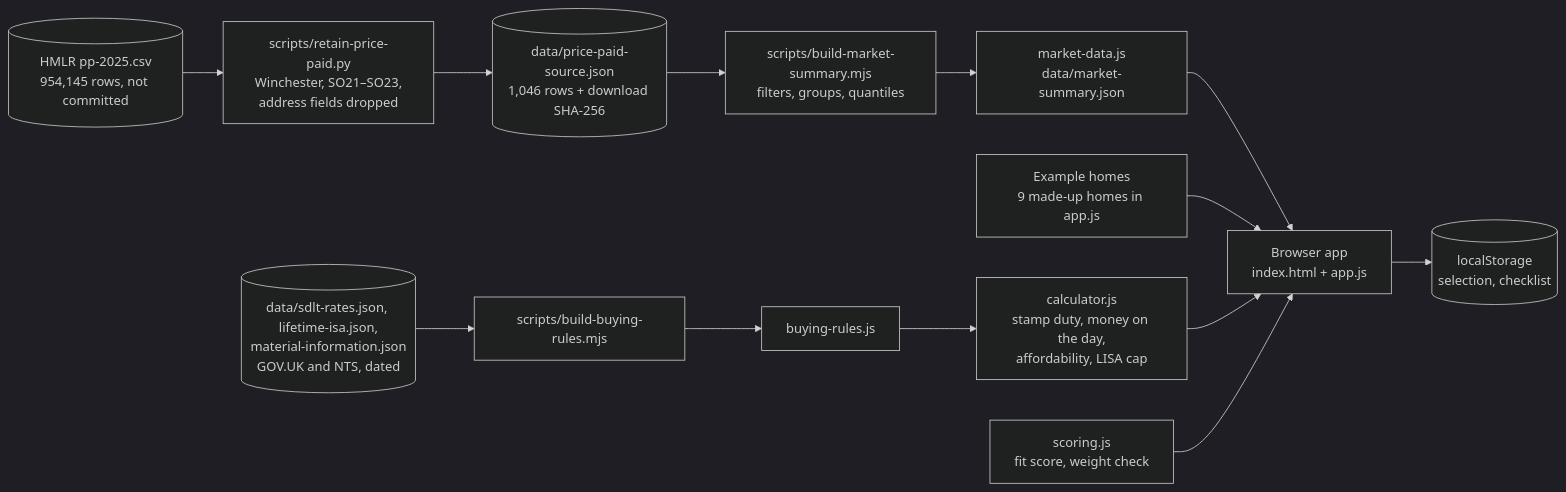
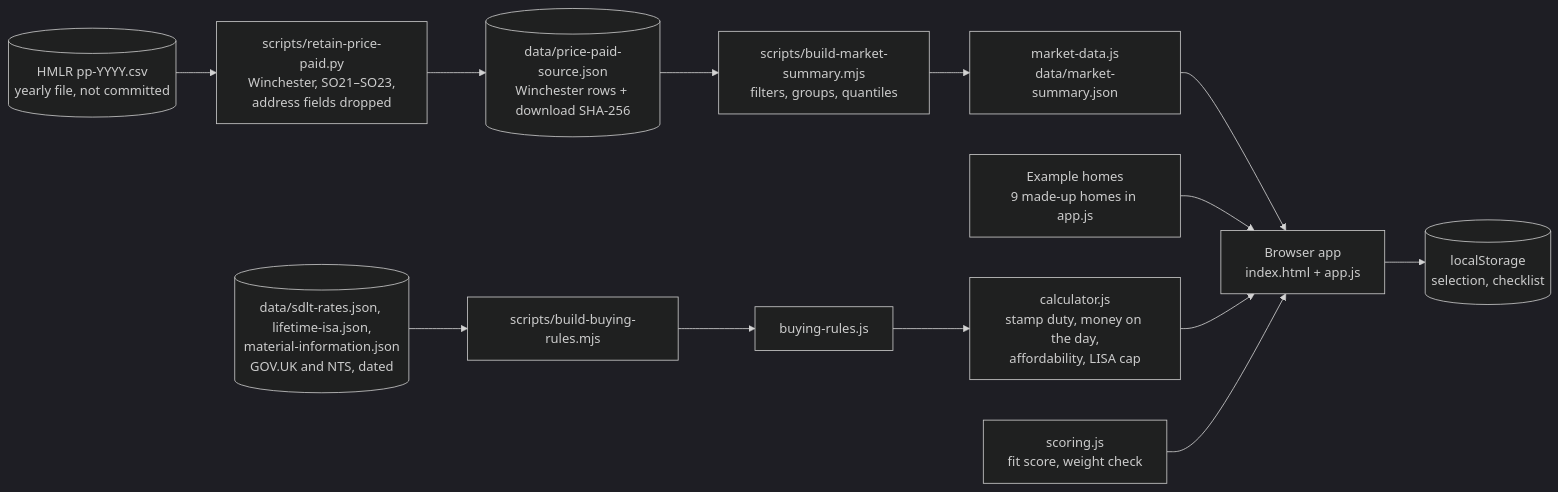
The diagram in README.md (MatthewPaver/winchester-buyer-check), drawn with Mermaid (dark theme) before and after one commit. The commit also changed other lines of this file and 10 other files, not shown here.

````diff
--- a/README.md
+++ b/README.md
@@ -48,15 +48,15 @@
 ```mermaid
 flowchart LR
-    H[("HMLR pp-2025.csv<br/>954,145 rows, not committed")] --> R["scripts/retain-price-paid.py<br/>Winchester, SO21–SO23,<br/>address fields dropped"]
-    R --> S[("data/price-paid-source.json<br/>1,046 rows + download SHA-256")]
+    H[("HMLR pp-YYYY.csv<br/>yearly file, not committed")] --> R["scripts/retain-price-paid.py<br/>Winchester, SO21–SO23,<br/>address fields dropped"]
+    R --> S[("data/price-paid-source.json<br/>Winchester rows + download SHA-256")]
     S --> B["scripts/build-market-summary.mjs<br/>filters, groups, quantiles"]
     B --> M["market-data.js<br/>data/market-summary.json"]
     M --> A["Browser app<br/>index.html + app.js"]
     F["Example homes<br/>9 made-up homes in app.js"] --> A
     G[("data/sdlt-rates.json, lifetime-isa.json,<br/>material-information.json<br/>GOV.UK and NTS, dated")] --> J["scripts/build-buying-rules.mjs"]
     J --> K["buying-rules.js"]
     K --> C["calculator.js<br/>stamp duty, money on the day,<br/>affordability, LISA cap"]
     C --> A
     P["scoring.js<br/>fit score, weight check"] --> A
     A --> L[("localStorage<br/>selection, checklist")]
 ```
````
